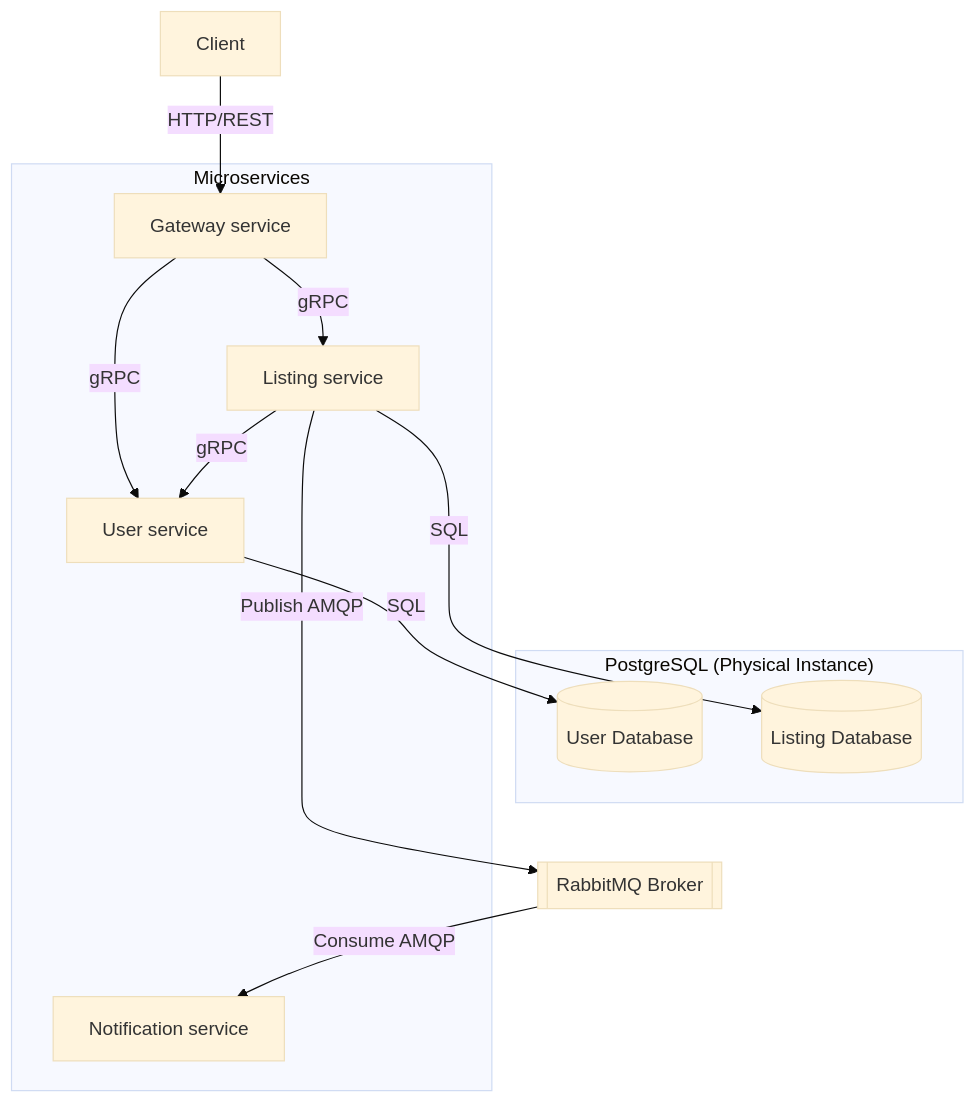
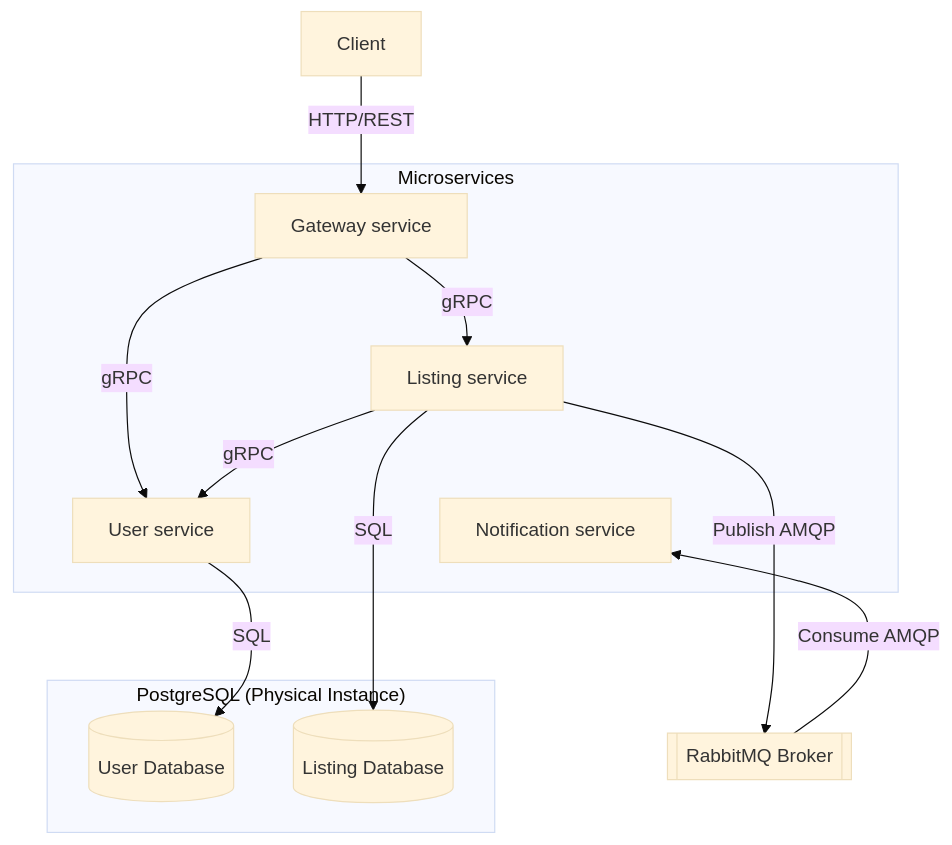
Before and after one commit to ezcnrmn/vaito: the first of 3 diagrams in README.md, drawn with Mermaid (base theme).

Commit message:
readme fix

````diff
--- a/README.md
+++ b/README.md
@@ -7,25 +7,26 @@
 ```mermaid
 graph TB
   Client[Client] -->|HTTP/REST| Gateway[Gateway service]
 
   subgraph "Microservices"
     Gateway -->|gRPC| User[User service]
     Gateway -->|gRPC| Listing[Listing service]
     Listing -->|gRPC| User
 
-    User ~~~ Notification[Notification service]
+    Listing ~~~ Notification[Notification service]
   end
-
-  Listing -->|Publish AMQP| RMQ[[RabbitMQ Broker]]
-  RMQ -->|Consume AMQP| Notification
 
   subgraph DB ["PostgreSQL (Physical Instance)"]
     DB_User[(User Database)]
     DB_Listing[(Listing Database)]
   end
 
+  User ~~~ DB_User
+
   User -->|SQL| DB_User
   Listing -->|SQL| DB_Listing
 
-  DB ~~~ RMQ
+  Notification ~~~ RMQ[[RabbitMQ Broker]]
+  Listing -->|Publish AMQP| RMQ
+  RMQ -->|Consume AMQP| Notification
 ```
````
